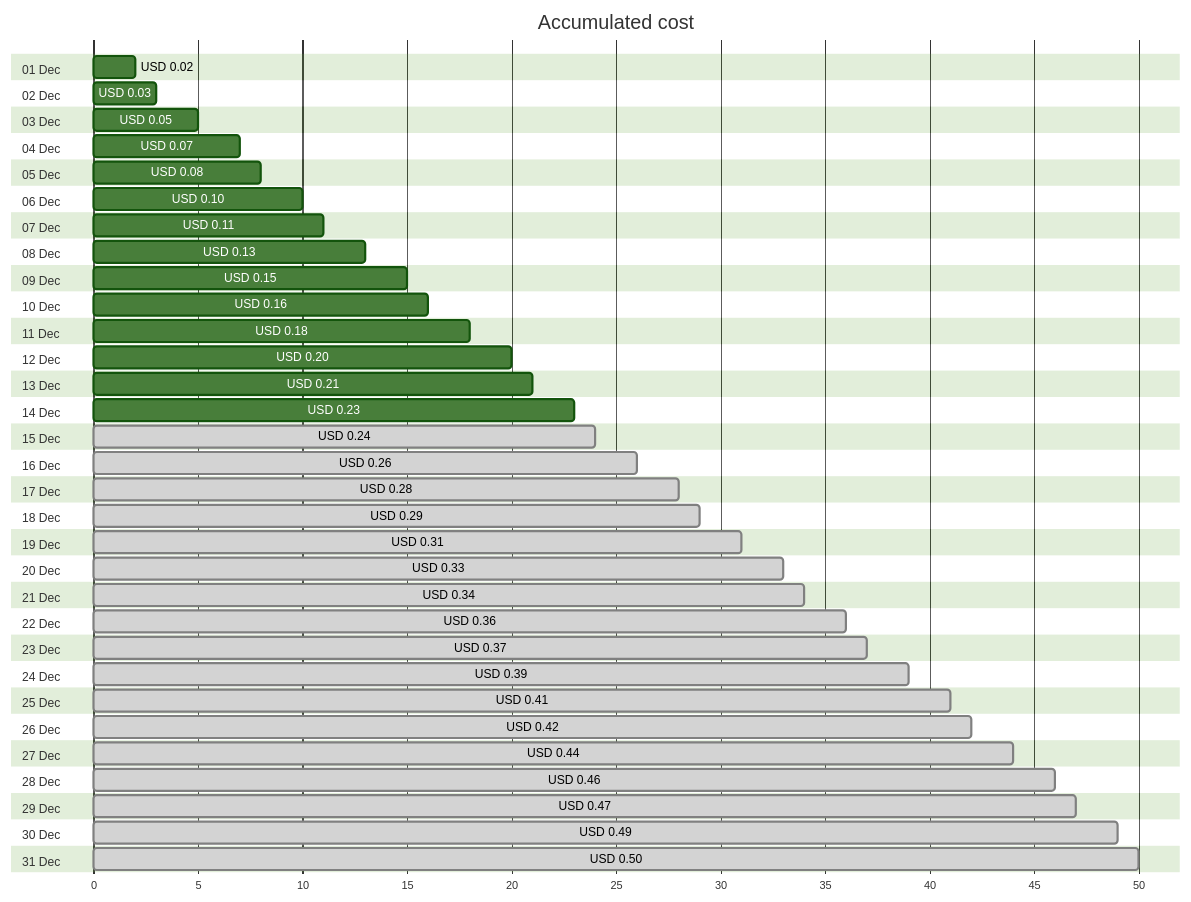
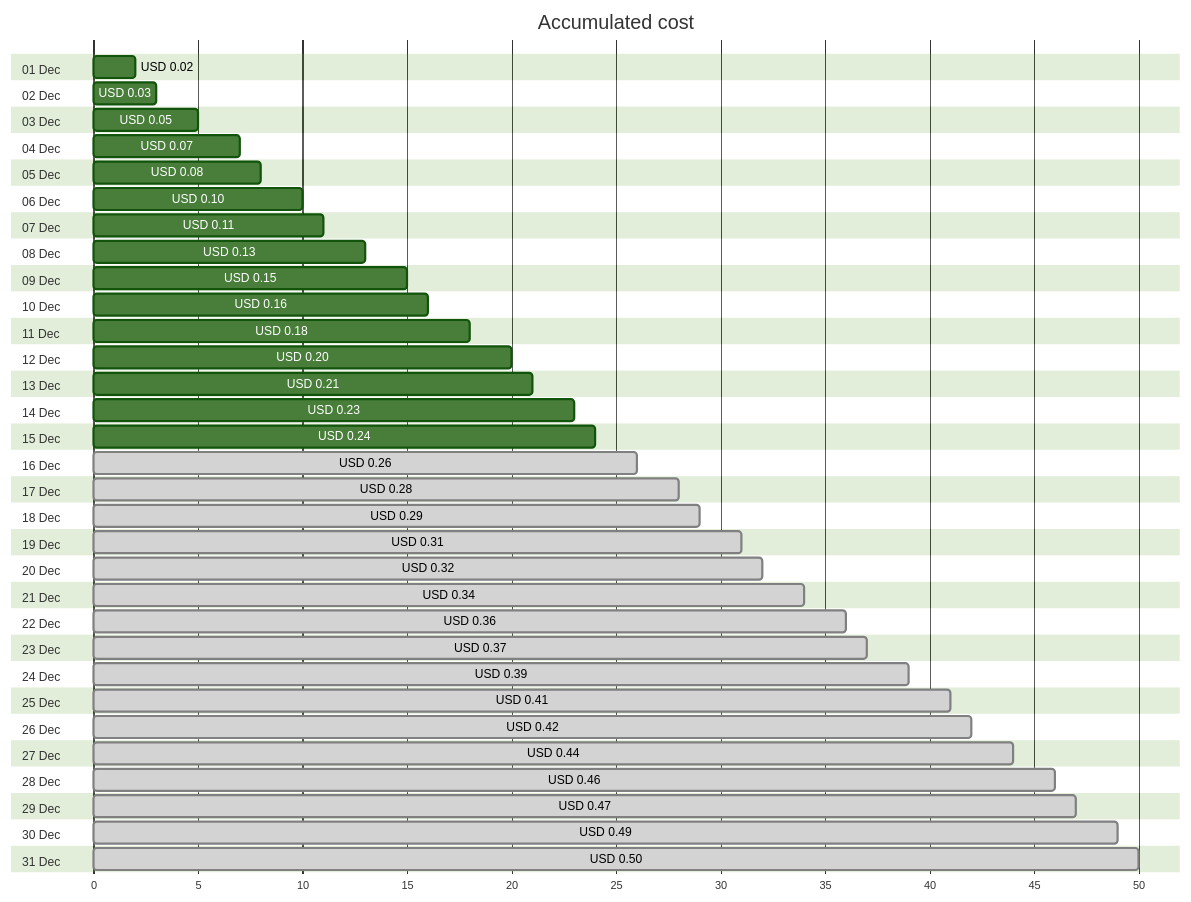
One commit to jpfulton/azure-personal-reports changed the first of 4 diagrams in cost-reports/personal-dns/jpatrickfulton.com.md. Above: the diagram before and after it, drawn with Mermaid (forest theme). The commit also changed other lines of this file and 2 other files, not shown here.

````diff
--- a/cost-reports/personal-dns/jpatrickfulton.com.md
+++ b/cost-reports/personal-dns/jpatrickfulton.com.md
@@ -20,68 +20,68 @@
 ```mermaid
 gantt
    title Accumulated cost
    dateFormat  X
    axisFormat %s
    section 01 Dec
    USD 0.02 :0, 2
    section 02 Dec
    USD 0.03 :0, 3
    section 03 Dec
    USD 0.05 :0, 5
    section 04 Dec
    USD 0.07 :0, 7
    section 05 Dec
    USD 0.08 :0, 8
    section 06 Dec
    USD 0.10 :0, 10
    section 07 Dec
    USD 0.11 :0, 11
    section 08 Dec
    USD 0.13 :0, 13
    section 09 Dec
    USD 0.15 :0, 15
    section 10 Dec
    USD 0.16 :0, 16
    section 11 Dec
    USD 0.18 :0, 18
    section 12 Dec
    USD 0.20 :0, 20
    section 13 Dec
    USD 0.21 :0, 21
    section 14 Dec
    USD 0.23 :0, 23
    section 15 Dec
-   USD 0.24 : done, 0, 24
+   USD 0.24 :0, 24
    section 16 Dec
    USD 0.26 : done, 0, 26
    section 17 Dec
    USD 0.28 : done, 0, 28
    section 18 Dec
    USD 0.29 : done, 0, 29
    section 19 Dec
    USD 0.31 : done, 0, 31
    section 20 Dec
-   USD 0.33 : done, 0, 33
+   USD 0.32 : done, 0, 32
    section 21 Dec
    USD 0.34 : done, 0, 34
    section 22 Dec
    USD 0.36 : done, 0, 36
    section 23 Dec
    USD 0.37 : done, 0, 37
    section 24 Dec
    USD 0.39 : done, 0, 39
    section 25 Dec
    USD 0.41 : done, 0, 41
    section 26 Dec
    USD 0.42 : done, 0, 42
    section 27 Dec
    USD 0.44 : done, 0, 44
    section 28 Dec
    USD 0.46 : done, 0, 46
    section 29 Dec
    USD 0.47 : done, 0, 47
    section 30 Dec
    USD 0.49 : done, 0, 49
    section 31 Dec
    USD 0.50 : done, 0, 50
 ```
````
